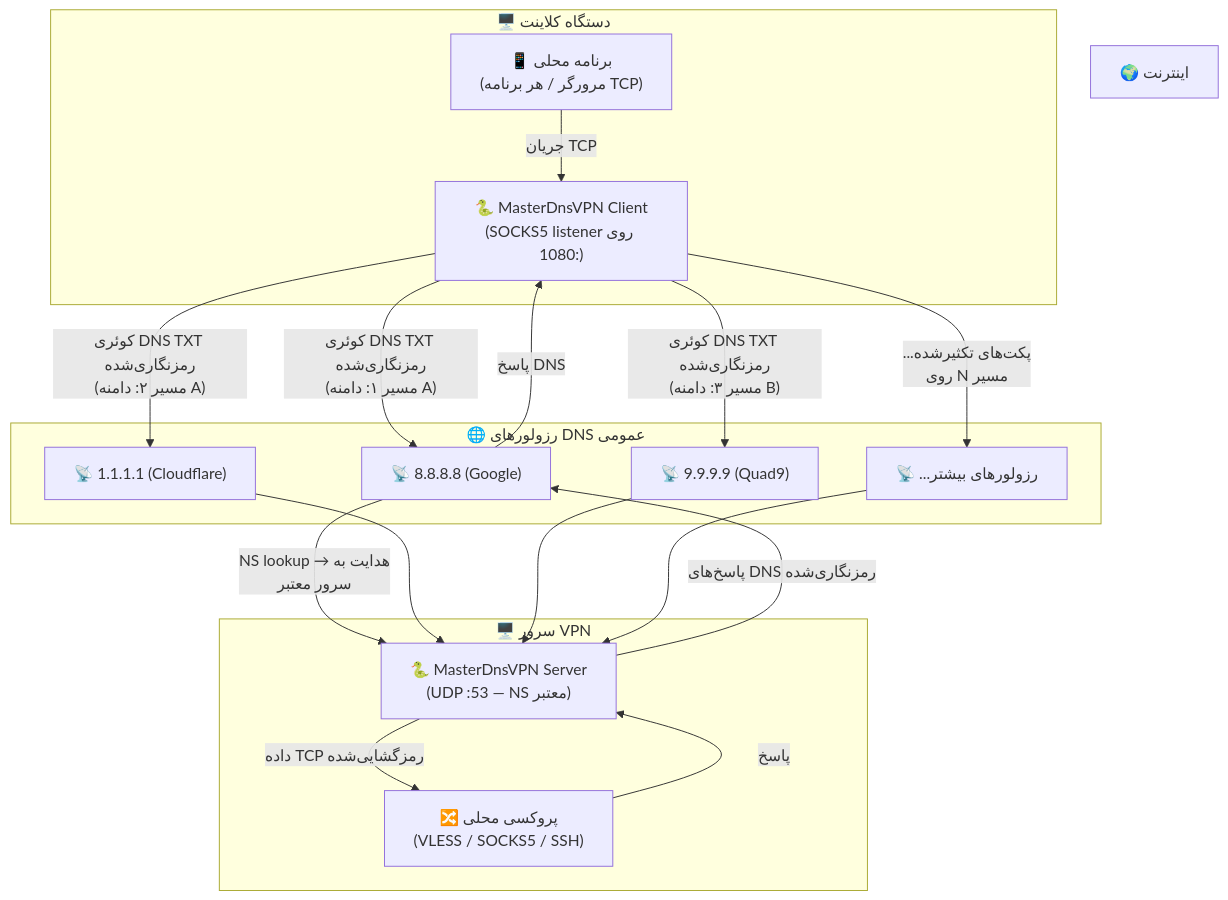
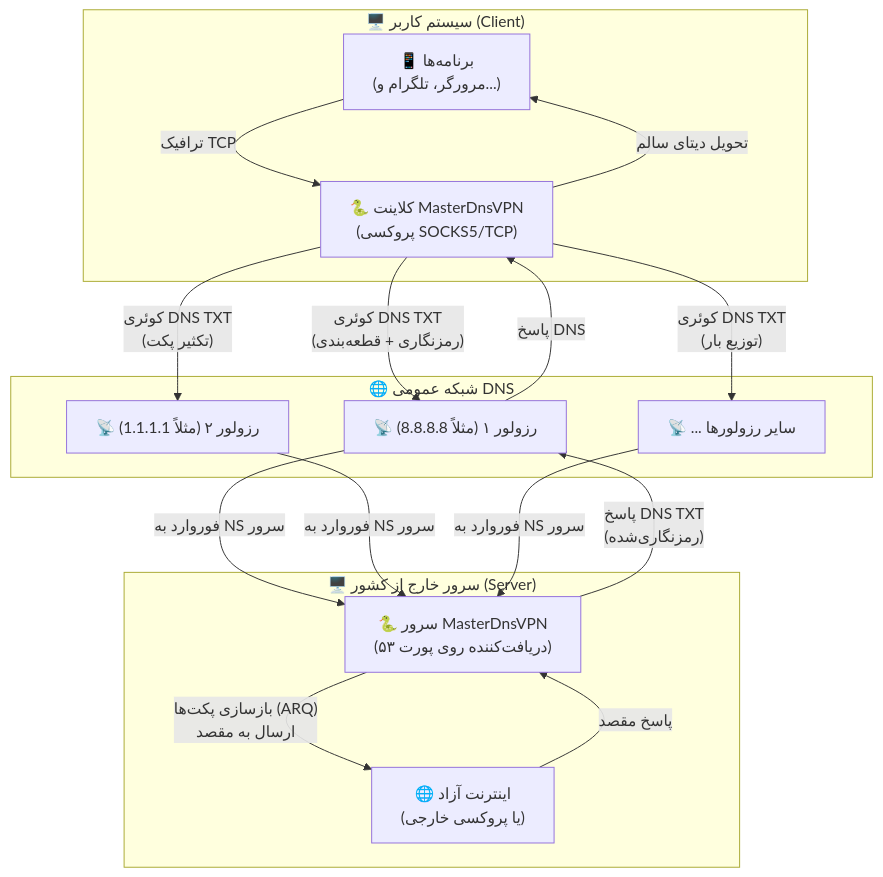
Before and after one commit to masterking32/MasterDnsVPN: the first of 2 diagrams in README_FA.MD, drawn with Mermaid. The commit also changed other lines of this file, not shown here.

````diff
--- a/README_FA.MD
+++ b/README_FA.MD
@@ -385,37 +377,33 @@
 ```mermaid
 graph TD
-    subgraph Client_Machine ["🖥️ دستگاه کلاینت"]
-        App["📱 برنامه محلی\n(مرورگر / هر برنامه TCP)"]
-        Client["🐍 MasterDnsVPN Client\n(SOCKS5 listener روی :1080)"]
+    subgraph Client_Side ["🖥️ سیستم کاربر (Client)"]
+        App["📱 برنامه‌ها\n(مرورگر، تلگرام و...)"]
+        Client["🐍 کلاینت MasterDnsVPN\n(پروکسی SOCKS5/TCP)"]
     end
 
-    subgraph Public_DNS ["🌐 رزولورهای DNS عمومی"]
-        R1["📡 8.8.8.8 (Google)"]
-        R2["📡 1.1.1.1 (Cloudflare)"]
-        R3["📡 9.9.9.9 (Quad9)"]
-        RN["📡 ...رزولورهای بیشتر"]
+    subgraph DNS_Network ["🌐 شبکه عمومی DNS"]
+        R1["📡 رزولور ۱ (مثلاً 8.8.8.8)"]
+        R2["📡 رزولور ۲ (مثلاً 1.1.1.1)"]
+        RN["📡 ... سایر رزولورها"]
     end
 
-    subgraph Server_Machine ["🖥️ سرور VPN"]
-        Server["🐍 MasterDnsVPN Server\n(UDP :53 — NS معتبر)"]
-        Proxy["🔀 پروکسی محلی\n(VLESS / SOCKS5 / SSH)"]
+    subgraph Server_Side ["🖥️ سرور خارج از کشور (Server)"]
+        Server["🐍 سرور MasterDnsVPN\n(دریافت‌کننده روی پورت ۵۳)"]
+        Target["🌐 اینترنت آزاد\n(یا پروکسی خارجی)"]
     end
 
-    Internet["🌍 اینترنت"]
+    App -->|"ترافیک TCP"| Client
+    Client -->|"کوئری DNS TXT\n(رمزنگاری + قطعه‌بندی)"| R1
+    Client -->|"کوئری DNS TXT\n(تکثیر پکت)"| R2
+    Client -->|"کوئری DNS TXT\n(توزیع بار)"| RN
 
-    App -->|"جریان TCP"| Client
-    Client -->|"کوئری DNS TXT رمزنگاری‌شده\n(مسیر ۱: دامنه A)"| R1
-    Client -->|"کوئری DNS TXT رمزنگاری‌شده\n(مسیر ۲: دامنه A)"| R2
-    Client -->|"کوئری DNS TXT رمزنگاری‌شده\n(مسیر ۳: دامنه B)"| R3
-    Client -->|"...پکت‌های تکثیرشده\nروی N مسیر"| RN
+    R1 -->|"فوروارد به NS سرور"| Server
+    R2 -->|"فوروارد به NS سرور"| Server
+    RN -->|"فوروارد به NS سرور"| Server
 
-    R1 -->|"NS lookup → هدایت به\nسرور معتبر"| Server
-    R2 --> Server
-    R3 --> Server
-    RN --> Server
-
-    Server -->|"داده TCP رمزگشایی‌شده"| Proxy
-    Proxy -->|"پاسخ"| Server
-    Server -->|"پاسخ‌های DNS رمزنگاری‌شده"| R1
+    Server -->|"بازسازی پکت‌ها (ARQ)\nارسال به مقصد"| Target
+    Target -->|"پاسخ مقصد"| Server
+    Server -->|"پاسخ DNS TXT\n(رمزنگاری‌شده)"| R1
     R1 -->|"پاسخ DNS"| Client
+    Client -->|"تحویل دیتای سالم"| App
 ```
````
